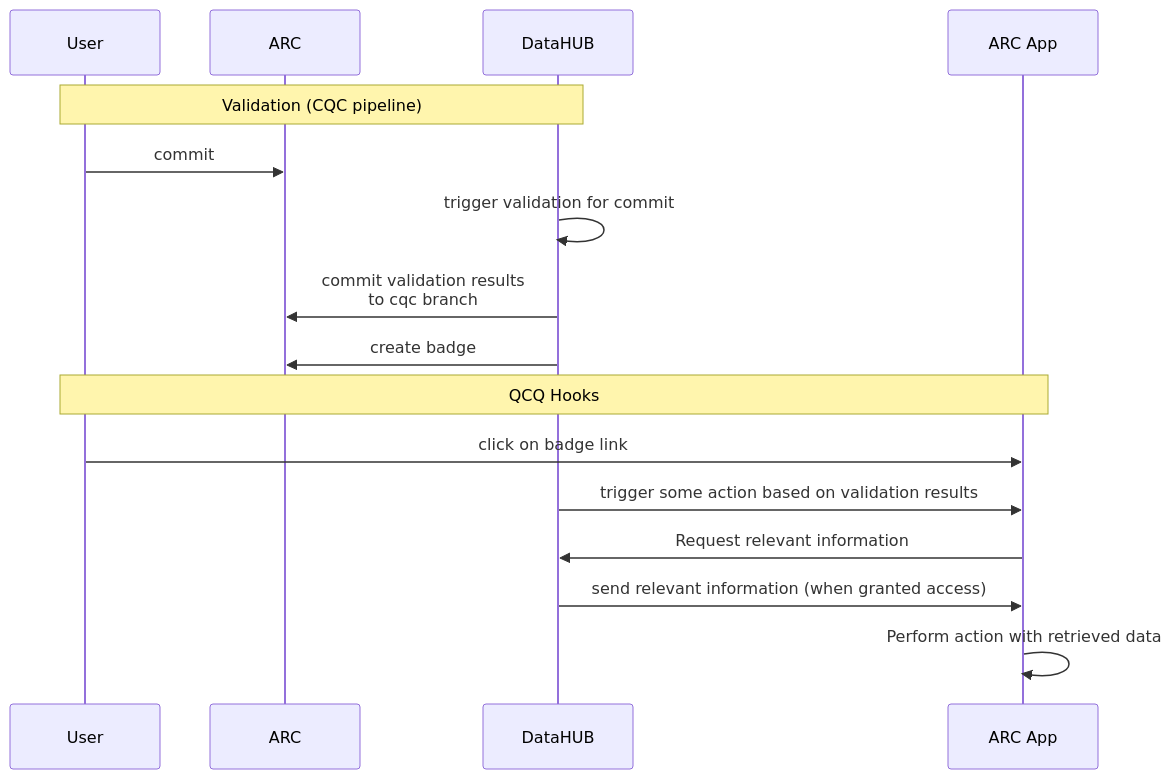
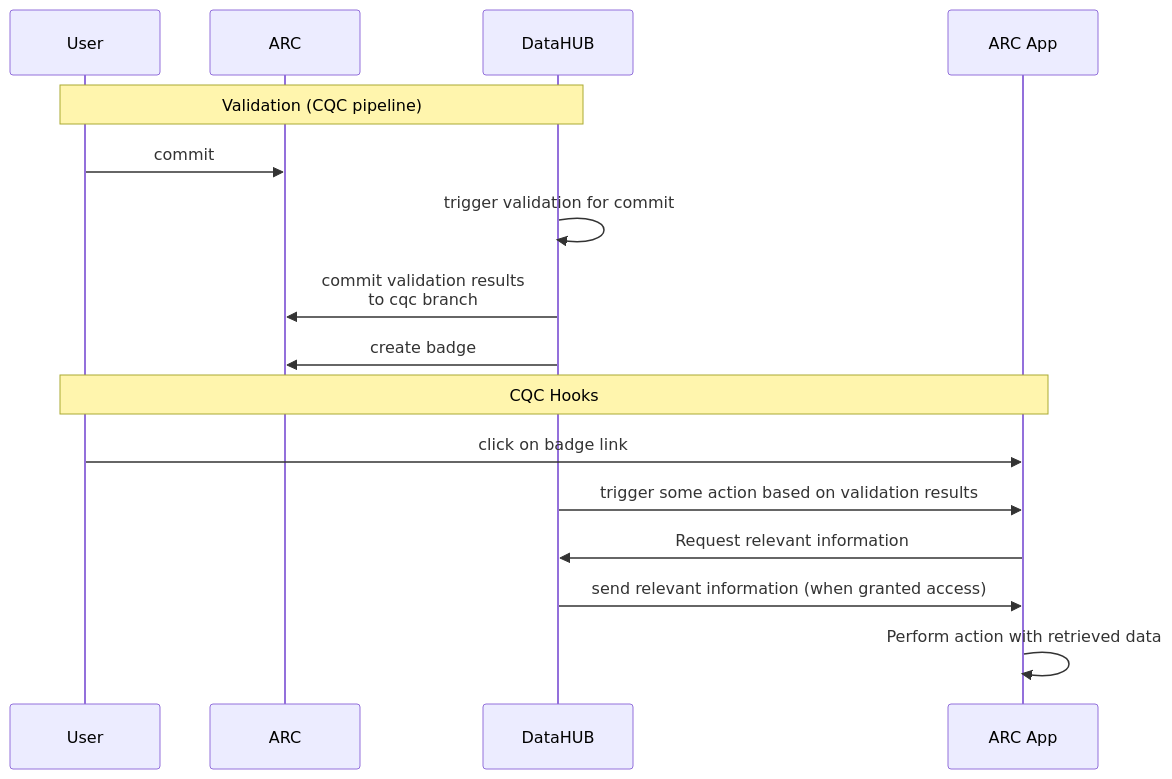
Before and after one commit to nfdi4plants/ARC-specification: the diagram in ARC specification.md, drawn with Mermaid.

Commit message:
typo fix

````diff
--- a/ARC specification.md
+++ b/ARC specification.md
@@ -588,20 +588,20 @@
 ```mermaid
 sequenceDiagram
 
     participant User
     participant ARC
     participant DataHUB
     participant ARC App
 
     Note over User, DataHUB: Validation (CQC pipeline)
     User ->> ARC : commit
     DataHUB ->> DataHUB : trigger validation for commit
     DataHUB ->> ARC : commit validation results <br> to cqc branch
     DataHUB ->> ARC : create badge
-    Note over User, ARC App: QCQ Hooks
+    Note over User, ARC App: CQC Hooks
     User ->> ARC App : click on badge link
     DataHUB ->> ARC App : trigger some action based on validation results
     ARC App ->> DataHUB : Request relevant information
     DataHUB ->> ARC App : send relevant information (when granted access)
     ARC App ->> ARC App : Perform action with retrieved data
 ```
````
